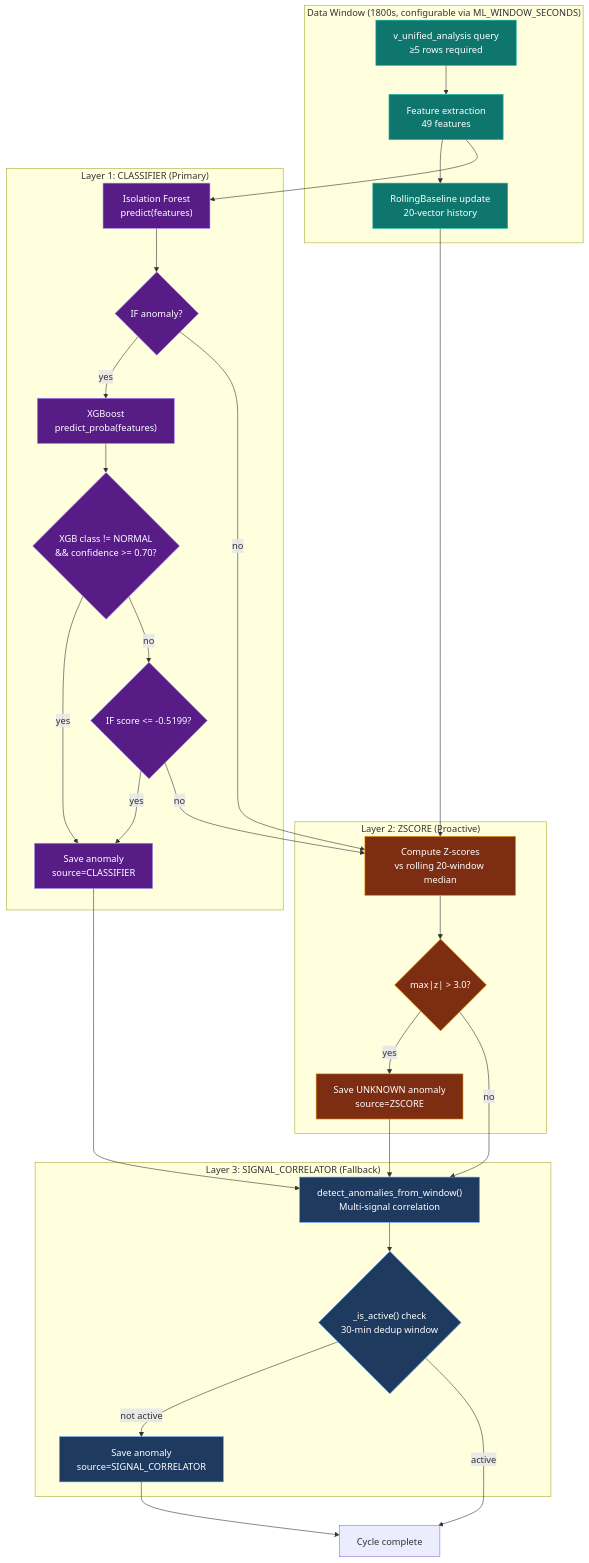
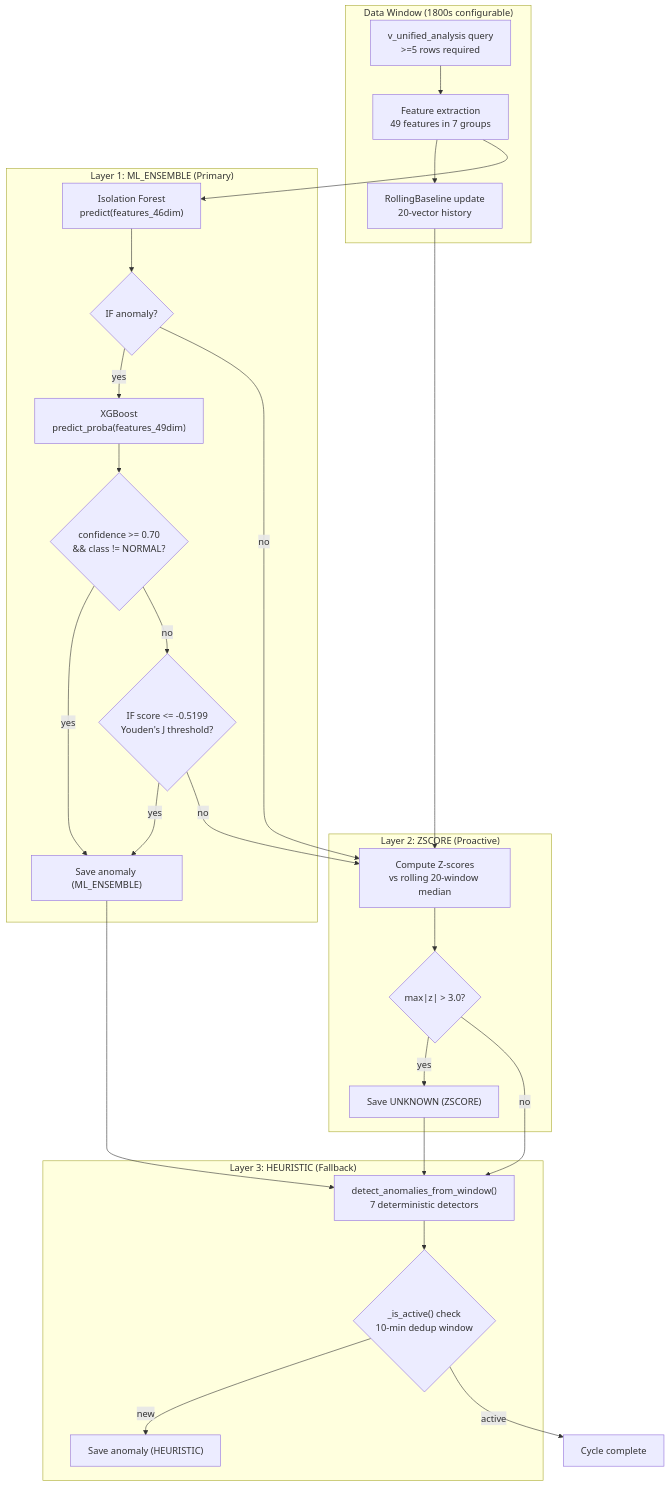
The sixth of 8 diagrams in README.md (AhmedIkram05/laad), drawn with Mermaid before and after one commit. The commit also changed other lines of this file, not shown here.

Commit message:
Implement feature X to enhance user experience and fix bug Y in module Z

````diff
--- a/README.md
+++ b/README.md
@@ -694,60 +500,48 @@
 ```mermaid
 flowchart TD
-  subgraph Window ["Data Window (1800s, configurable via ML_WINDOW_SECONDS)"]
-    Q["v_unified_analysis query\n≥5 rows required"]
-    FE["Feature extraction\n49 features"]
-    BU["RollingBaseline update\n20-vector history"]
+  subgraph Window ["Data Window (1800s configurable)"]
+    Q["v_unified_analysis query<br/>>=5 rows required"]
+    FE["Feature extraction<br/>49 features in 7 groups"]
+    BU["RollingBaseline update<br/>20-vector history"]
   end
 
-  subgraph Layer1 ["Layer 1: CLASSIFIER (Primary)"]
-    IF["Isolation Forest\npredict(features)"]
+  subgraph Layer1 ["Layer 1: ML_ENSEMBLE (Primary)"]
+    IF["Isolation Forest<br/>predict(features_46dim)"]
     IF_ANOM{"IF anomaly?"}
-    XGB["XGBoost\npredict_proba(features)"]
-    KNOWN{"XGB class != NORMAL\n&& confidence >= 0.70?"}
-    UNKNOWN{"IF score <= -0.5199?"}
-    SAVE1["Save anomaly\nsource=CLASSIFIER"]
+    XGB["XGBoost<br/>predict_proba(features_49dim)"]
+    HIGH{"confidence >= 0.70<br/>&& class != NORMAL?"}
+    UNKNOWN{"IF score <= -0.5199<br/>Youden's J threshold?"}
+    SAVE1["Save anomaly (ML_ENSEMBLE)"]
   end
 
   subgraph Layer2 ["Layer 2: ZSCORE (Proactive)"]
-    ZR["Compute Z-scores\nvs rolling 20-window median"]
+    ZR["Compute Z-scores<br/>vs rolling 20-window median"]
     MAXZ{"max|z| > 3.0?"}
-    SAVE2["Save UNKNOWN anomaly\nsource=ZSCORE"]
+    SAVE2["Save UNKNOWN (ZSCORE)"]
   end
 
-  subgraph Layer3 ["Layer 3: SIGNAL_CORRELATOR (Fallback)"]
-    HEUR["detect_anomalies_from_window()\nMulti-signal correlation"]
-    DEDUP{"_is_active() check\n30-min dedup window"}
-    SAVE3["Save anomaly\nsource=SIGNAL_CORRELATOR"]
+  subgraph Layer3 ["Layer 3: HEURISTIC (Fallback)"]
+    DET["detect_anomalies_from_window()<br/>7 deterministic detectors"]
+    DEDUP{"_is_active() check<br/>10-min dedup window"}
+    SAVE3["Save anomaly (HEURISTIC)"]
   end
 
   Q --> FE --> BU
   FE --> IF
   IF --> IF_ANOM
   IF_ANOM -->|"yes"| XGB
   IF_ANOM -->|"no"| ZR
-  XGB --> KNOWN
-  KNOWN -->|"yes"| SAVE1
-  KNOWN -->|"no"| UNKNOWN
+  XGB --> HIGH
+  HIGH -->|"yes"| SAVE1
+  HIGH -->|"no"| UNKNOWN
   UNKNOWN -->|"yes"| SAVE1
   UNKNOWN -->|"no"| ZR
   BU --> ZR
   ZR --> MAXZ
   MAXZ -->|"yes"| SAVE2
-  MAXZ -->|"no"| HEUR
-  SAVE1 --> HEUR
-  SAVE2 --> HEUR
-  HEUR --> DEDUP
-  DEDUP -->|"not active"| SAVE3
+  MAXZ -->|"no"| DET
+  SAVE1 & SAVE2 --> DET
+  DET --> DEDUP
+  DEDUP -->|"new"| SAVE3
   DEDUP -->|"active"| END["Cycle complete"]
-  SAVE3 --> END
-
-  classDef window fill:#0f766e,stroke:#14b8a6,color:#ffffff;
-  classDef l1 fill:#581c87,stroke:#a78bfa,color:#ffffff;
-  classDef l2 fill:#7c2d12,stroke:#f59e0b,color:#ffffff;
-  classDef l3 fill:#1e3a5f,stroke:#60a5fa,color:#ffffff;
-
-  class Q,FE,BU window;
-  class IF,IF_ANOM,XGB,KNOWN,UNKNOWN,SAVE1 l1;
-  class ZR,MAXZ,SAVE2 l2;
-  class HEUR,DEDUP,SAVE3 l3;
 ```
````
